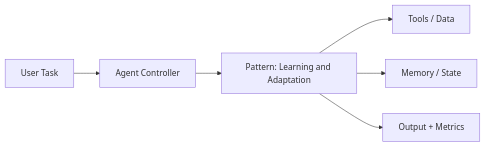
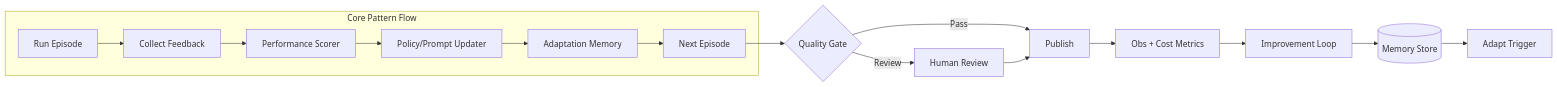
Before and after one commit to vivekreeves/agentic-design-patterns-lab: the diagram in notebooks/level_02_memory_and_adaptation/09_learning_and_adaptation_architecture.md, drawn with Mermaid. The commit also changed 71 other files, not shown here.

````diff
--- a/notebooks/level_02_memory_and_adaptation/09_learning_and_adaptation_architecture.md
+++ b/notebooks/level_02_memory_and_adaptation/09_learning_and_adaptation_architecture.md
@@ -5,8 +5,18 @@
 ```mermaid
 flowchart LR
-  Q[User Task] --> A[Agent Controller]
-  A --> P[Pattern: Learning and Adaptation]
-  P --> T[Tools / Data]
-  P --> M[Memory / State]
-  P --> O[Output + Metrics]
+  subgraph CoreFlow[Core Pattern Flow]
+    R[Run Episode] --> FB[Collect Feedback]
+    FB --> SC[Performance Scorer]
+    SC --> UP[Policy/Prompt Updater]
+    UP --> KB[Adaptation Memory]
+    KB --> N[Next Episode]
+  end
+  N --> QG{Quality Gate}
+  QG -->|Pass| PUB[Publish]
+  QG -->|Review| HREV[Human Review]
+  HREV --> PUB
+  PUB --> OBS[Obs + Cost Metrics]
+  OBS --> LOOP[Improvement Loop]
+  LOOP --> MEM[(Memory Store)]
+  MEM --> ADAPT[Adapt Trigger]
 ```
````
